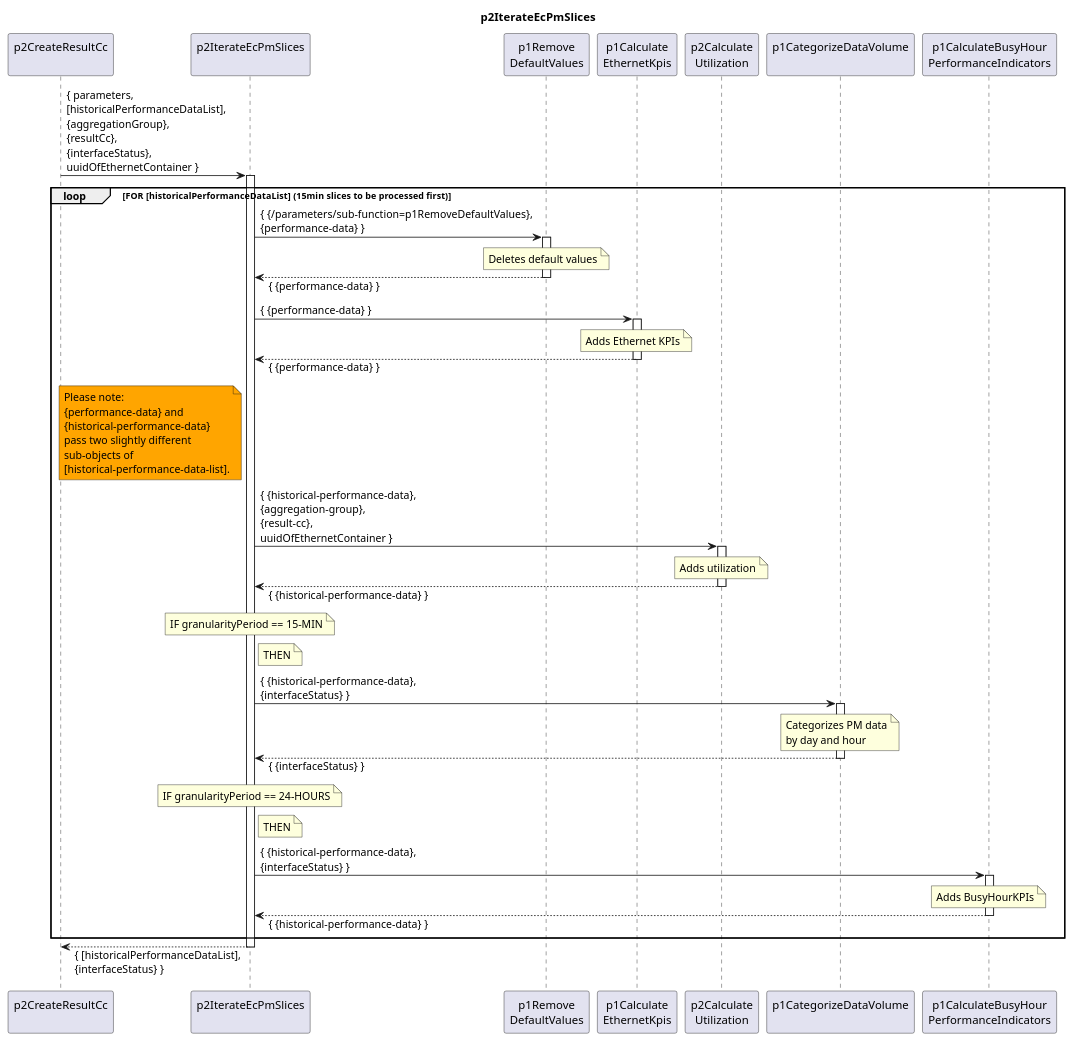
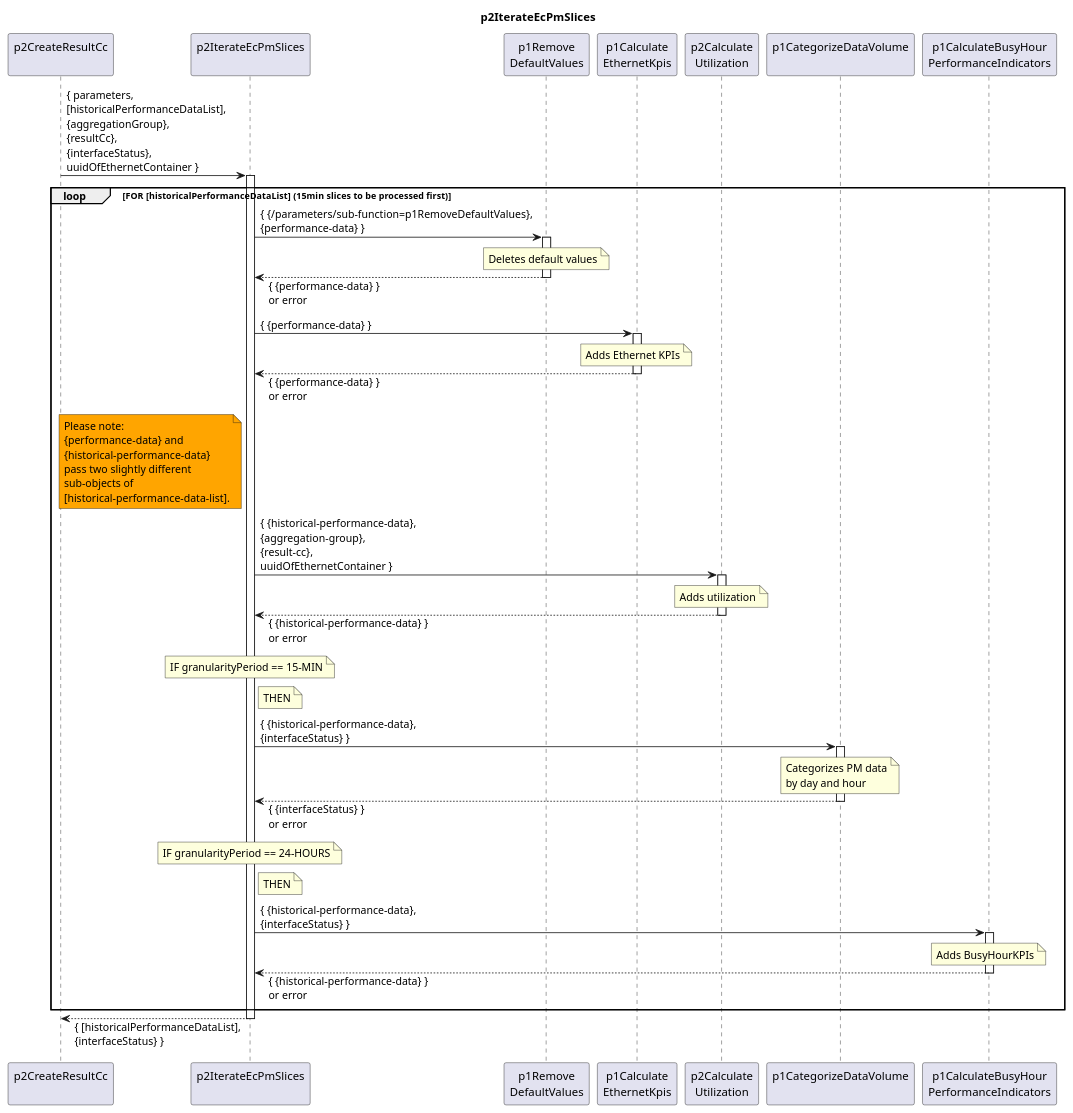
One commit to openBackhaul/DevicePerformanceManagementDataProcessor changed the diagram in spec/Functions/p2StreamPmData/p3ProcessDevice/p3CreateResultCc/p2IterateEcPmSlices/1.1.0/p2IterateEcPmSlices.plantuml. Above: the diagram before and after it, drawn with PlantUML. The commit also changed 3 other files, not shown here.

Commit message:
modify iterateEcPmSlices

```diff
--- a/spec/Functions/p2StreamPmData/p3ProcessDevice/p3CreateResultCc/p2IterateEcPmSlices/1.1.0/p2IterateEcPmSlices.plantuml
+++ b/spec/Functions/p2StreamPmData/p3ProcessDevice/p3CreateResultCc/p2IterateEcPmSlices/1.1.0/p2IterateEcPmSlices.plantuml
@@ -1,96 +1,100 @@
 @startuml p2IterateEcPmSlices
 skinparam responseMessageBelowArrow true
 
 title
   p2IterateEcPmSlices
 end title
 
 participant "p2CreateResultCc\n" as cur
 
 participant "p2IterateEcPmSlices\n" as iterateSlices
 participant "p1Remove\nDefaultValues" as p1RemDefault
 participant "p1Calculate\nEthernetKpis" as intCC
 participant "p2Calculate\nUtilization" as p2CalcUtil
 participant "p1CategorizeDataVolume\n" as p1CatDataVo
 participant "p1CalculateBusyHour\nPerformanceIndicators" as p1CalcBH
 
 cur -> iterateSlices : { parameters,\n[historicalPerformanceDataList],\n{aggregationGroup},\n{resultCc},\n{interfaceStatus},\nuuidOfEthernetContainer }
 activate iterateSlices
 
   loop FOR [historicalPerformanceDataList]   (15min slices to be processed first)
 
+    ' remove default values
     iterateSlices -> p1RemDefault : { {/parameters/sub-function=p1RemoveDefaultValues},\n{performance-data} }
     activate p1RemDefault
       note over p1RemDefault
         Deletes default values
       end note
-    iterateSlices <-- p1RemDefault: { {performance-data} }
+    iterateSlices <-- p1RemDefault: { {performance-data} } \nor error
     deactivate p1RemDefault
 
+    ' add Ethernet KPIs
     iterateSlices -> intCC : { {performance-data} }
     activate intCC
       note over intCC
         Adds Ethernet KPIs
       end note
-    iterateSlices <-- intCC: { {performance-data} }
+    iterateSlices <-- intCC: { {performance-data} } \nor error
     deactivate intCC
 
     note left iterateSlices #Orange
       Please note:
       {performance-data} and
       {historical-performance-data}
       pass two slightly different
       sub-objects of
       [historical-performance-data-list].
     end note
 
-
+    ' calculate utilization
     iterateSlices -> p2CalcUtil : { {historical-performance-data},\n{aggregation-group},\n{result-cc},\nuuidOfEthernetContainer }
     activate p2CalcUtil
       note over p2CalcUtil
         Adds utilization
       end note
-    iterateSlices <-- p2CalcUtil: { {historical-performance-data} }
+    iterateSlices <-- p2CalcUtil: { {historical-performance-data} } \nor error
     deactivate p2CalcUtil
 
     note over iterateSlices
       IF granularityPeriod == 15-MIN
     end note
 
     note right iterateSlices
       THEN
     end note
 
+    ' categorize PM data for BH
     iterateSlices -> p1CatDataVo : { {historical-performance-data},\n{interfaceStatus} }
     activate p1CatDataVo
       note over p1CatDataVo
         Categorizes PM data
         by day and hour
       end note
-    iterateSlices <-- p1CatDataVo: { {interfaceStatus} }
+    iterateSlices <-- p1CatDataVo: { {interfaceStatus} } \nor error
     deactivate p1CatDataVo
 
     note over iterateSlices
       IF granularityPeriod == 24-HOURS
     end note
 
     note right iterateSlices
       THEN
     end note
 
+    ' calculate BH
     iterateSlices -> p1CalcBH : { {historical-performance-data},\n{interfaceStatus} }
     activate p1CalcBH
       note over p1CalcBH
         Adds BusyHourKPIs
       end note
-    iterateSlices <-- p1CalcBH: { {historical-performance-data} }
+    iterateSlices <-- p1CalcBH: { {historical-performance-data} } \nor error
     deactivate p1CalcBH
 
   end loop
 
 cur <-- iterateSlices : { [historicalPerformanceDataList],\n{interfaceStatus} }
 deactivate iterateSlices
 
 deactivate cur
 
 @enduml
```
